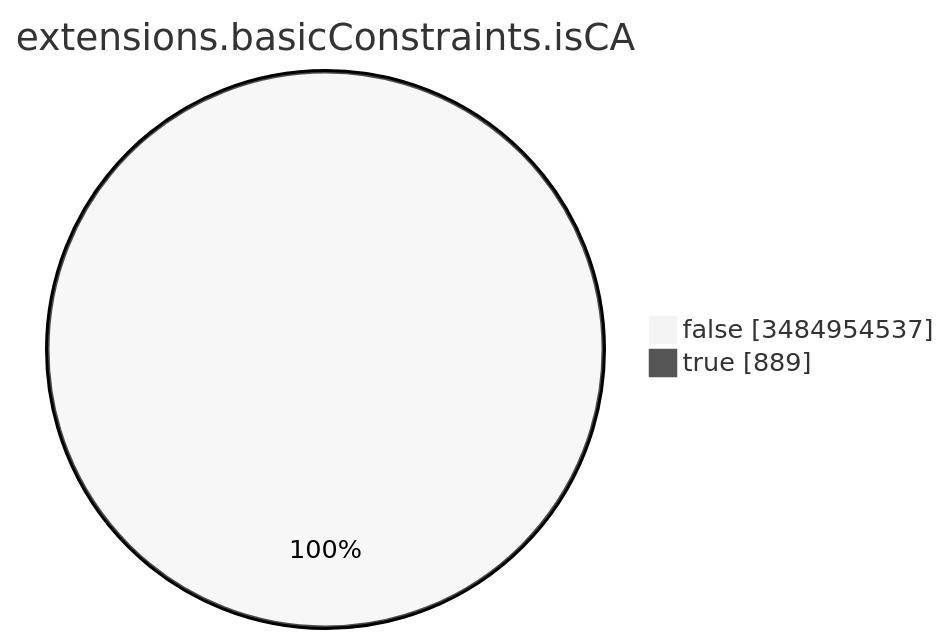
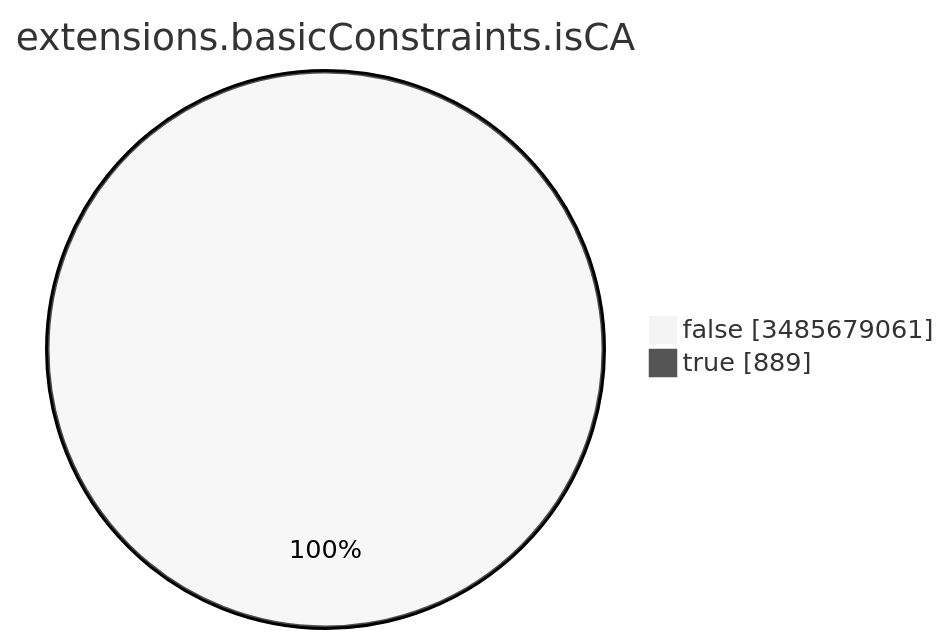
Before and after one commit to christiankrug/ctmonitor_visualization: the seventh of 15 diagrams in TOTAL/README.md, drawn with Mermaid (neutral theme). The commit also changed other lines of this file, not shown here.

````diff
--- a/TOTAL/README.md
+++ b/TOTAL/README.md
@@ -3093,6 +3093,6 @@
 ```mermaid
 pie showData
 title extensions.basicConstraints.isCA
-"false" :3484954537
+"false" :3485679061
 "true" :889
 ```
````
